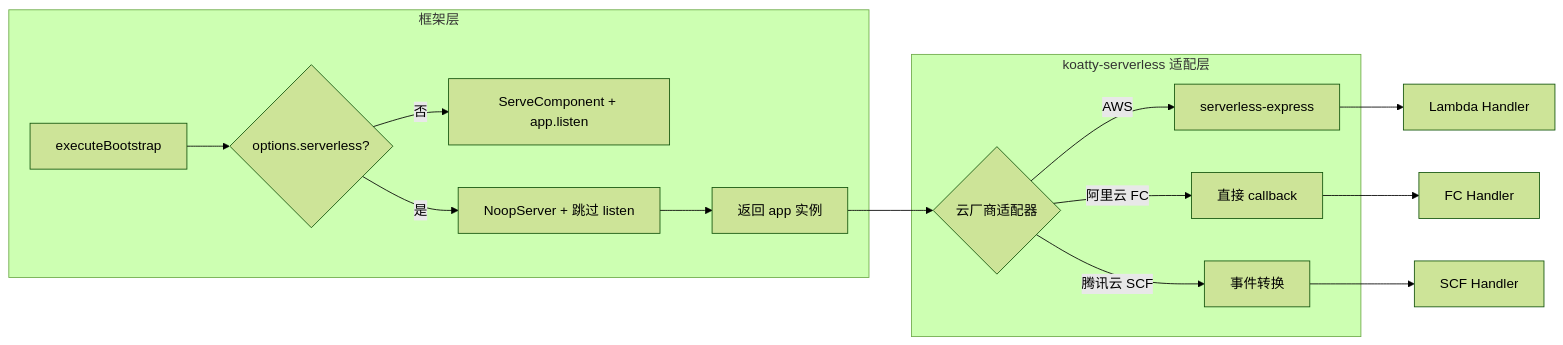
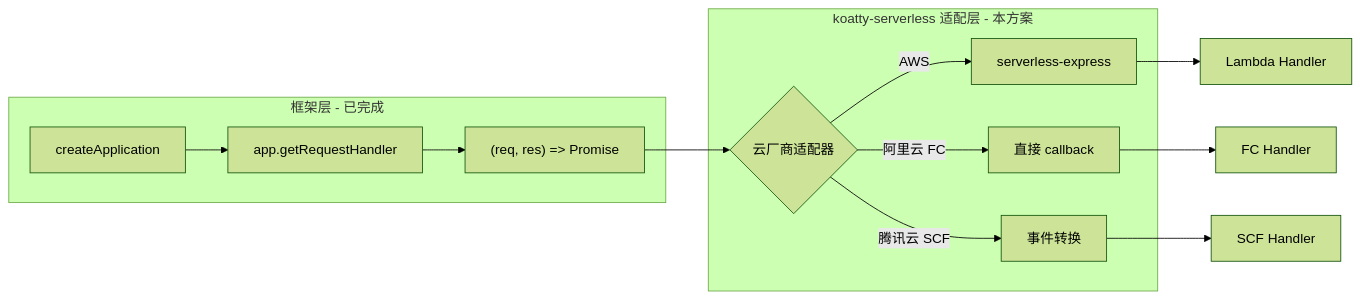
Before and after one commit to Koatty/koatty: the second of 3 diagrams in docs/SERVERLESS_IMPLEMENTATION_PLAN.md, drawn with Mermaid (forest theme). The commit also changed other lines of this file and 1 other file, not shown here.

First line of the commit message:
docs: add callback refactoring plan and serverless implementation details

````diff
--- a/docs/SERVERLESS_IMPLEMENTATION_PLAN.md
+++ b/docs/SERVERLESS_IMPLEMENTATION_PLAN.md
@@ -81,20 +103,18 @@
 ```mermaid
 flowchart LR
-    subgraph Framework [框架层]
-        A[executeBootstrap] --> B{options.serverless?}
-        B -->|否| C[ServeComponent + app.listen]
-        B -->|是| D[NoopServer + 跳过 listen]
-        D --> E[返回 app 实例]
+    subgraph Foundation [框架层 - 已完成]
+        A[createApplication] --> B[app.getRequestHandler]
+        B --> C["(req, res) => Promise"]
     end
-    
-    subgraph Adapter [koatty-serverless 适配层]
-        E --> F{云厂商适配器}
-        F -->|AWS| G[serverless-express]
-        F -->|阿里云 FC| H[直接 callback]
-        F -->|腾讯云 SCF| I[事件转换]
+
+    subgraph Adapter [koatty-serverless 适配层 - 本方案]
+        C --> D{云厂商适配器}
+        D -->|AWS| E[serverless-express]
+        D -->|阿里云 FC| F[直接 callback]
+        D -->|腾讯云 SCF| G[事件转换]
     end
-    
-    G --> J[Lambda Handler]
-    H --> K[FC Handler]
-    I --> L[SCF Handler]
+
+    E --> H[Lambda Handler]
+    F --> I[FC Handler]
+    G --> J[SCF Handler]
 ```
````
